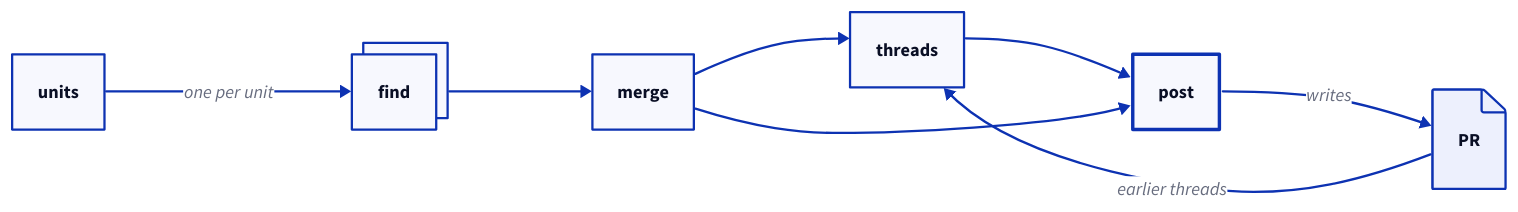
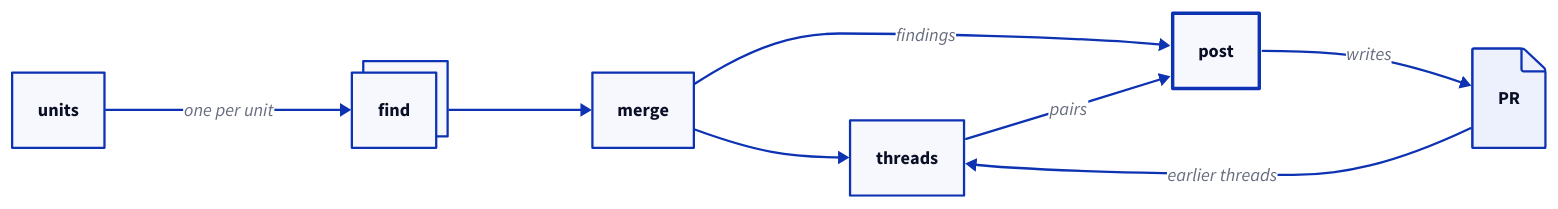
One commit to mjewell/context-packs changed the first of 2 diagrams in review/review.tree.md. Above: the diagram before and after it, drawn with D2.

Commit message:
Label the arrows into the post job in the review's CI diagram
The diagram drew merge -> threads -> post and a bare merge -> post, which
read as a stray edge. Post reads two artifacts: the findings from merge
and the pairs from threads. Each arrow now says which.

````diff
--- a/review/review.tree.md
+++ b/review/review.tree.md
@@ -57,14 +57,15 @@
   ```d2
   direction: right
   units
   find: find {style.multiple: true}
   merge
   threads
   post: post {style.stroke-width: 3}
   pr: PR {shape: page}
   units -> find: one per unit
-  find -> merge -> threads -> post
-  merge -> post
+  find -> merge -> threads
+  merge -> post: findings
+  threads -> post: pairs
   pr -> threads: earlier threads
   post -> pr: writes
   ```
````
